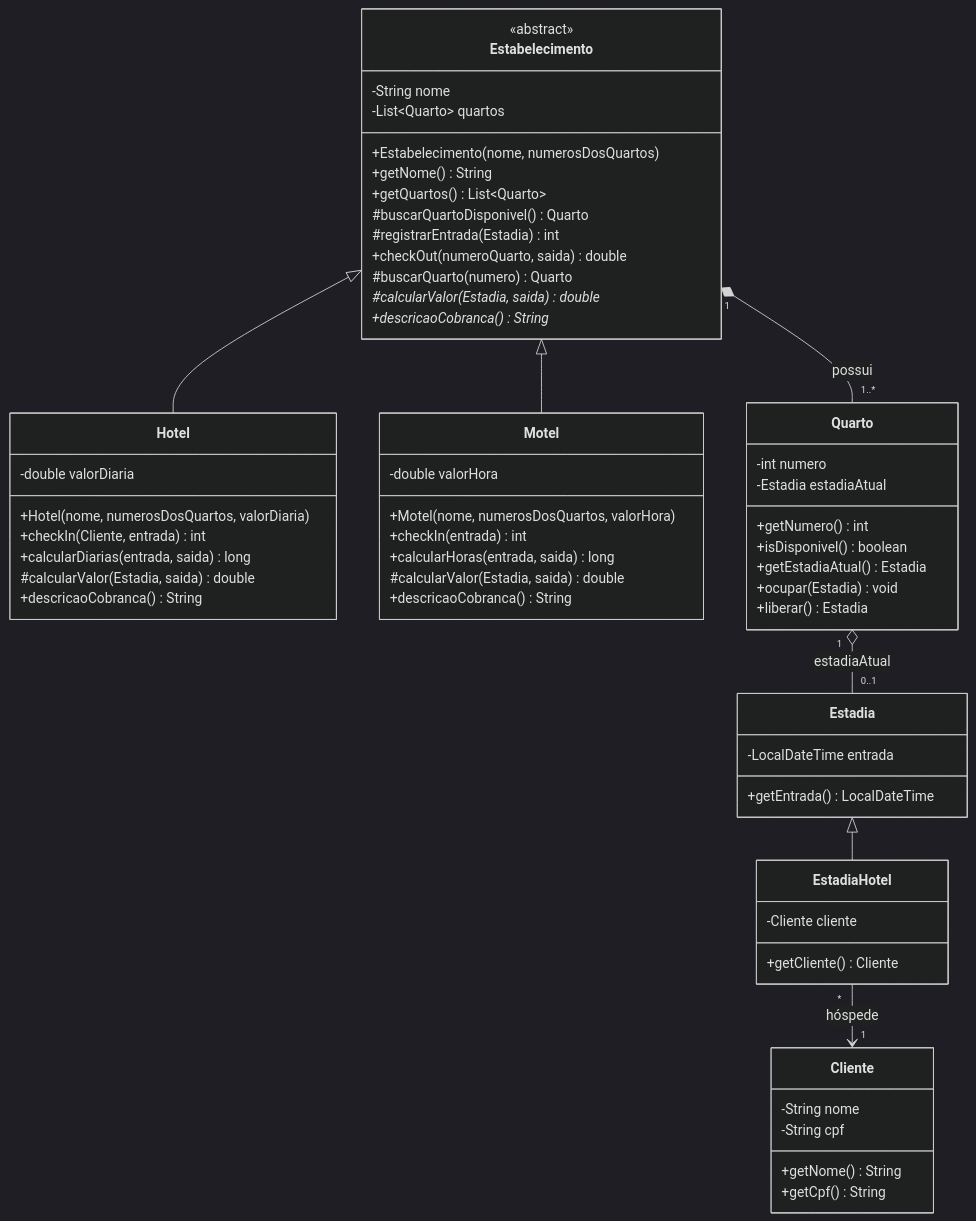
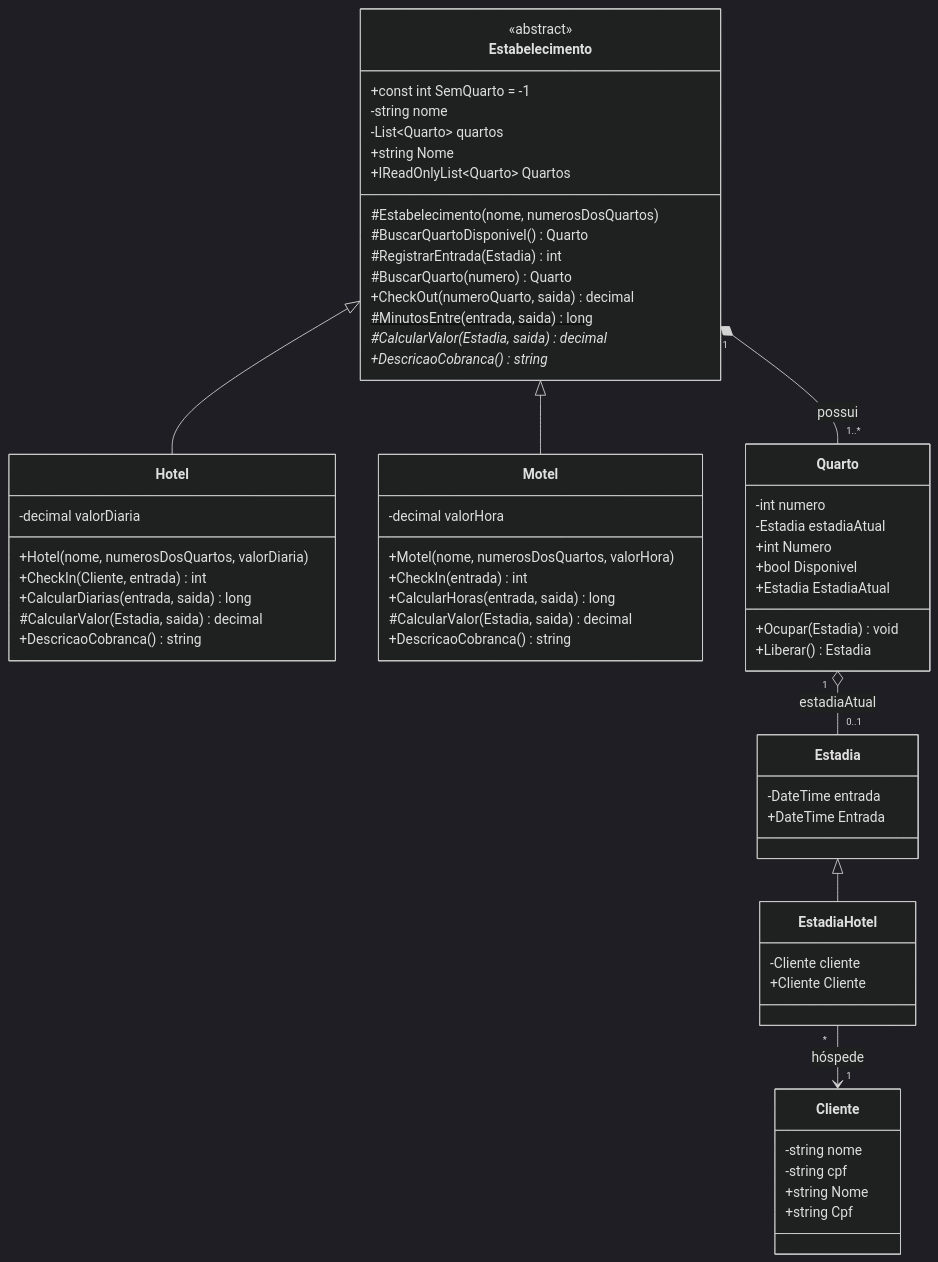
The diagram in README.md (otavyo401/Hotel), drawn with Mermaid (dark theme) before and after one commit. The commit also changed other lines of this file, not shown here.

Commit message:
Revise README for class updates and execution instructions
Updated README to reflect changes in class names and methods for the Hotel/Motel system. Added instructions for running the application and clarified the billing rules.

````diff
--- a/README.md
+++ b/README.md
@@ -5,71 +9,73 @@
 ```mermaid
 classDiagram
     direction TB
 
     class Estabelecimento {
         <<abstract>>
-        -String nome
+        +const int SemQuarto = -1
+        -string nome
         -List~Quarto~ quartos
-        +Estabelecimento(nome, numerosDosQuartos)
-        +getNome() String
-        +getQuartos() List~Quarto~
-        #buscarQuartoDisponivel() Quarto
-        #registrarEntrada(Estadia) int
-        +checkOut(numeroQuarto, saida) double
-        #buscarQuarto(numero) Quarto
-        #calcularValor(Estadia, saida)* double
-        +descricaoCobranca()* String
+        #Estabelecimento(nome, numerosDosQuartos)
+        +string Nome
+        +IReadOnlyList~Quarto~ Quartos
+        #BuscarQuartoDisponivel() Quarto
+        #RegistrarEntrada(Estadia) int
+        #BuscarQuarto(numero) Quarto
+        +CheckOut(numeroQuarto, saida) decimal
+        #MinutosEntre(entrada, saida)$ long
+        #CalcularValor(Estadia, saida)* decimal
+        +DescricaoCobranca()* string
     }
 
     class Hotel {
-        -double valorDiaria
+        -decimal valorDiaria
         +Hotel(nome, numerosDosQuartos, valorDiaria)
-        +checkIn(Cliente, entrada) int
-        +calcularDiarias(entrada, saida) long
-        #calcularValor(Estadia, saida) double
-        +descricaoCobranca() String
+        +CheckIn(Cliente, entrada) int
+        +CalcularDiarias(entrada, saida) long
+        #CalcularValor(Estadia, saida) decimal
+        +DescricaoCobranca() string
     }
 
     class Motel {
-        -double valorHora
+        -decimal valorHora
         +Motel(nome, numerosDosQuartos, valorHora)
-        +checkIn(entrada) int
-        +calcularHoras(entrada, saida) long
-        #calcularValor(Estadia, saida) double
-        +descricaoCobranca() String
+        +CheckIn(entrada) int
+        +CalcularHoras(entrada, saida) long
+        #CalcularValor(Estadia, saida) decimal
+        +DescricaoCobranca() string
     }
 
     class Quarto {
         -int numero
         -Estadia estadiaAtual
-        +getNumero() int
-        +isDisponivel() boolean
-        +getEstadiaAtual() Estadia
-        +ocupar(Estadia) void
-        +liberar() Estadia
+        +int Numero
+        +bool Disponivel
+        +Estadia EstadiaAtual
+        +Ocupar(Estadia) void
+        +Liberar() Estadia
     }
 
     class Estadia {
-        -LocalDateTime entrada
-        +getEntrada() LocalDateTime
+        -DateTime entrada
+        +DateTime Entrada
     }
 
     class EstadiaHotel {
         -Cliente cliente
-        +getCliente() Cliente
+        +Cliente Cliente
     }
 
     class Cliente {
-        -String nome
-        -String cpf
-        +getNome() String
-        +getCpf() String
+        -string nome
+        -string cpf
+        +string Nome
+        +string Cpf
     }
 
     Estabelecimento <|-- Hotel
     Estabelecimento <|-- Motel
     Estadia <|-- EstadiaHotel
     Estabelecimento "1" *-- "1..*" Quarto : possui
     Quarto "1" o-- "0..1" Estadia : estadiaAtual
     EstadiaHotel "*" --> "1" Cliente : hóspede
 ```
````
